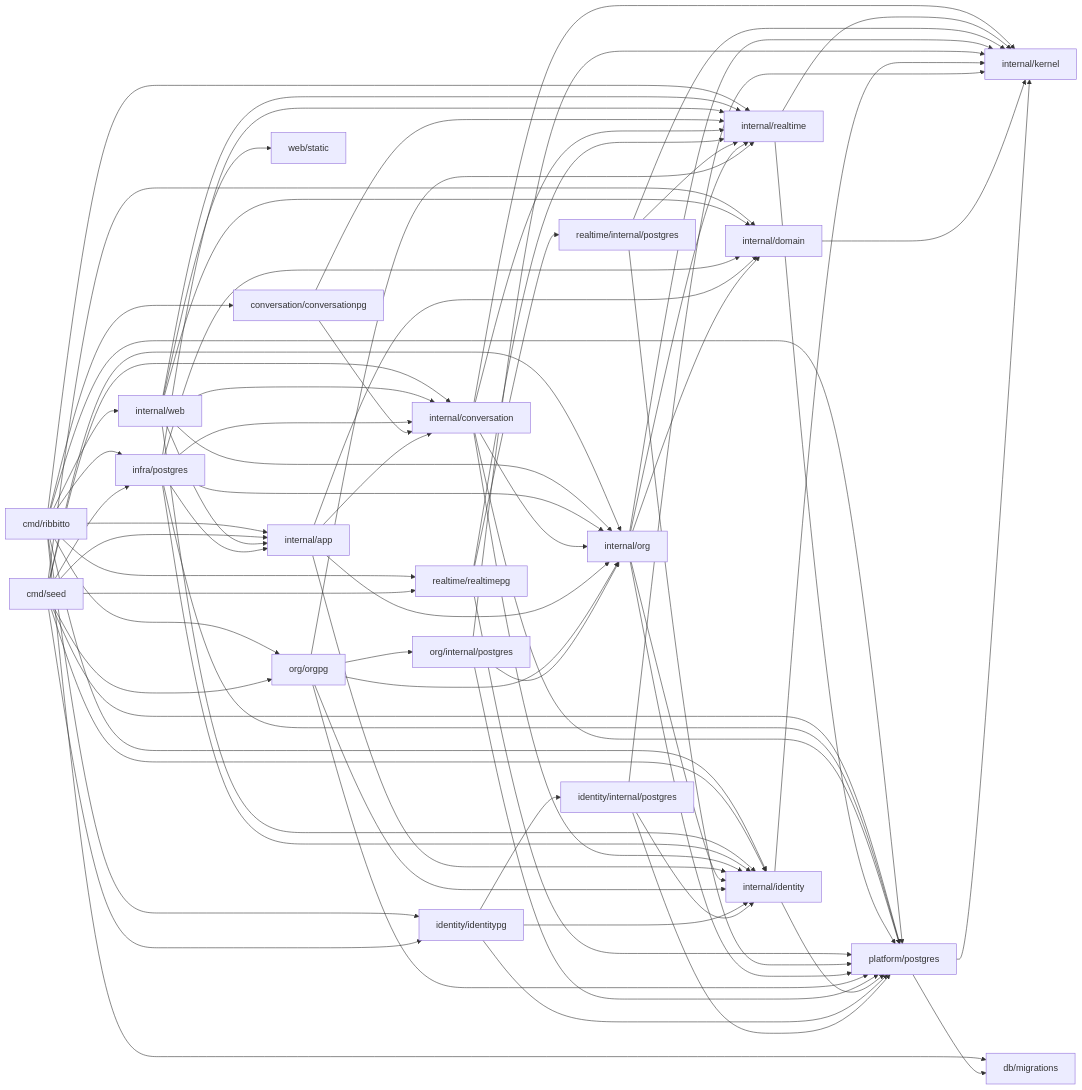
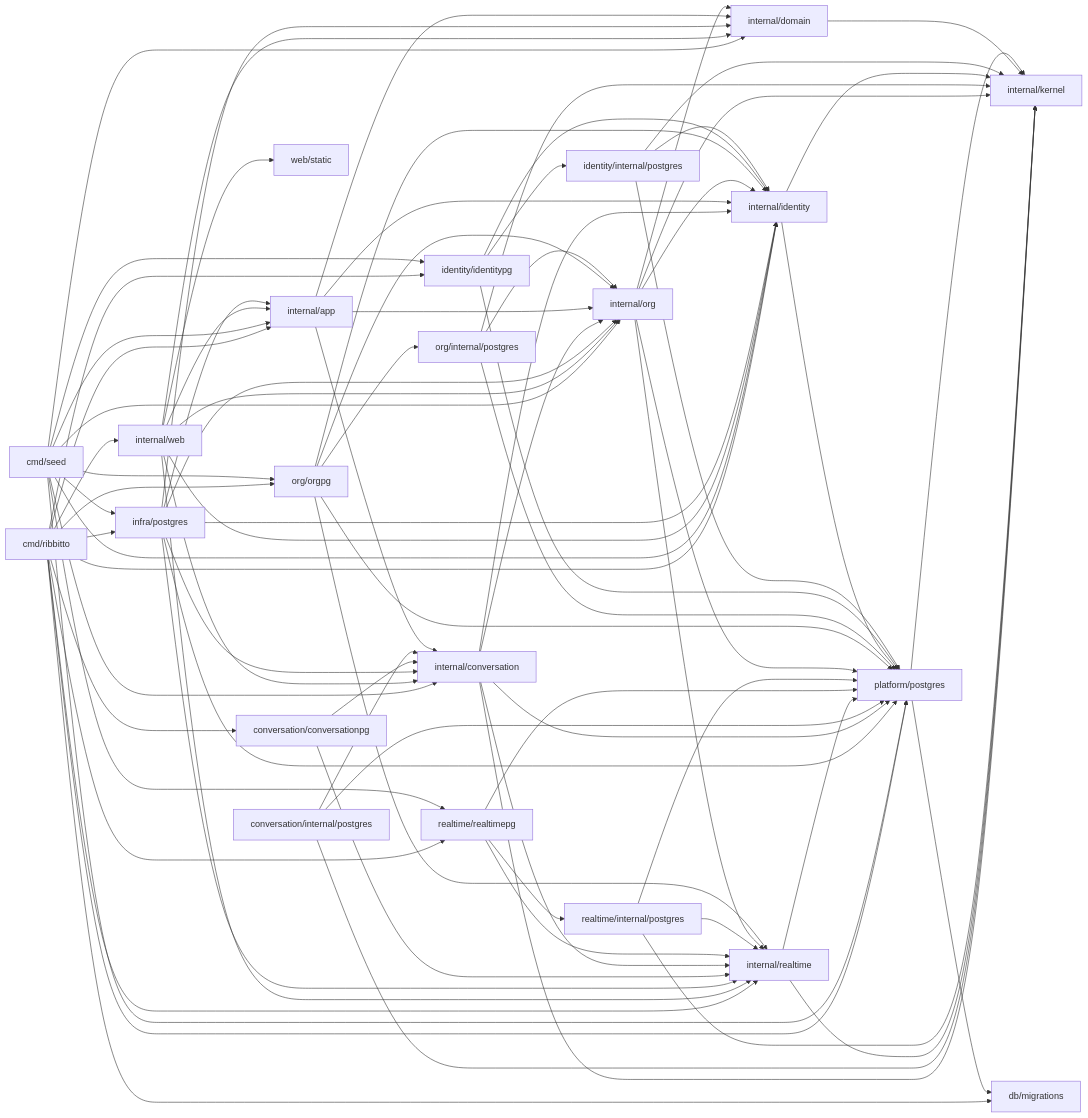
The diagram in docs/architecture/packages.md (tkakkie/ribbitto), drawn with Mermaid before and after one commit.

Commit message:
docs(architecture): show conversation's store in the import diagram

````diff
--- a/docs/architecture/packages.md
+++ b/docs/architecture/packages.md
@@ -67,21 +67,22 @@
 ```mermaid
 flowchart LR
   cmd[cmd/ribbitto] --> web & app & orgpg[org/orgpg] & conversationpg[conversation/conversationpg] & identity & identitypg[identity/identitypg] & realtimepg & postgres[infra/postgres] & realtime & platform[platform/postgres] & migrations[db/migrations]
   seed[cmd/seed] --> conversation & app & org & orgpg & identity & identitypg & realtimepg & postgres & platform & domain
   web[internal/web] --> app & org & conversation & identity & domain & realtime & static[web/static]
   postgres --> app & org & conversation & identity & domain & platform & realtime
   conversationpg --> conversation[internal/conversation] & realtime
   conversation --> identity & org & realtime & kernel & platform
+  cstore[conversation/internal/postgres] --> conversation & platform & kernel
   realtime[internal/realtime] --> kernel & platform
   realtimepg[realtime/realtimepg] --> realtime & rstore[realtime/internal/postgres] & platform
   rstore --> realtime & platform & kernel
   app[internal/app] --> org & conversation & identity & domain[internal/domain]
   org[internal/org] --> identity & realtime & domain & kernel & platform
   orgpg --> org & ostore[org/internal/postgres] & platform & identity & realtime
   ostore --> org & platform & kernel
   identity[internal/identity] --> kernel & platform
   identitypg --> identity & store[identity/internal/postgres] & platform
   store --> identity & platform & kernel
   domain --> kernel[internal/kernel]
   platform --> kernel & migrations
 ```
````
